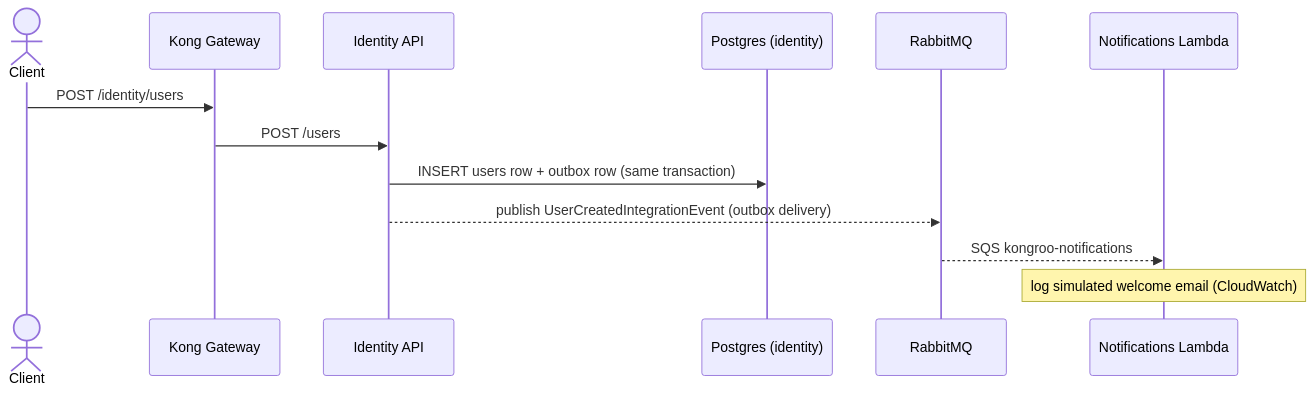
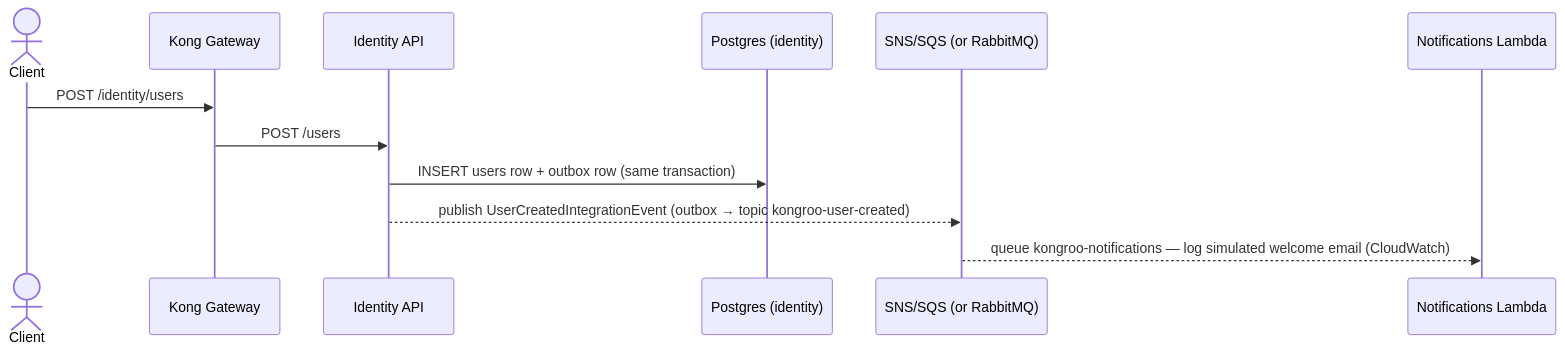
Before and after one commit to almeidajr/Kongroo.Orchestration: the sixth of 7 diagrams in ARCHITECTURE.md, drawn with Mermaid. The commit also changed other lines of this file and 1 other file, not shown here.

Commit message:
fix(docs): correct the notifications diagram and the demo gateway port

````diff
--- a/ARCHITECTURE.md
+++ b/ARCHITECTURE.md
@@ -233,16 +233,15 @@
 ```mermaid
 sequenceDiagram
     actor Client
     participant Kong as Kong Gateway
     participant Identity as Identity API
     participant DB as Postgres (identity)
-    participant MQ as RabbitMQ
+    participant Bus as SNS/SQS (or RabbitMQ)
     participant Lambda as Notifications Lambda
 
     Client->>Kong: POST /identity/users
     Kong->>Identity: POST /users
     Identity->>DB: INSERT users row + outbox row (same transaction)
-    Identity-->>MQ: publish UserCreatedIntegrationEvent (outbox delivery)
-    MQ-->>Lambda: SQS kongroo-notifications
-    Note over Lambda: log simulated welcome email (CloudWatch)
+    Identity-->>Bus: publish UserCreatedIntegrationEvent (outbox → topic kongroo-user-created)
+    Bus-->>Lambda: queue kongroo-notifications — log simulated welcome email (CloudWatch)
 ```
````
